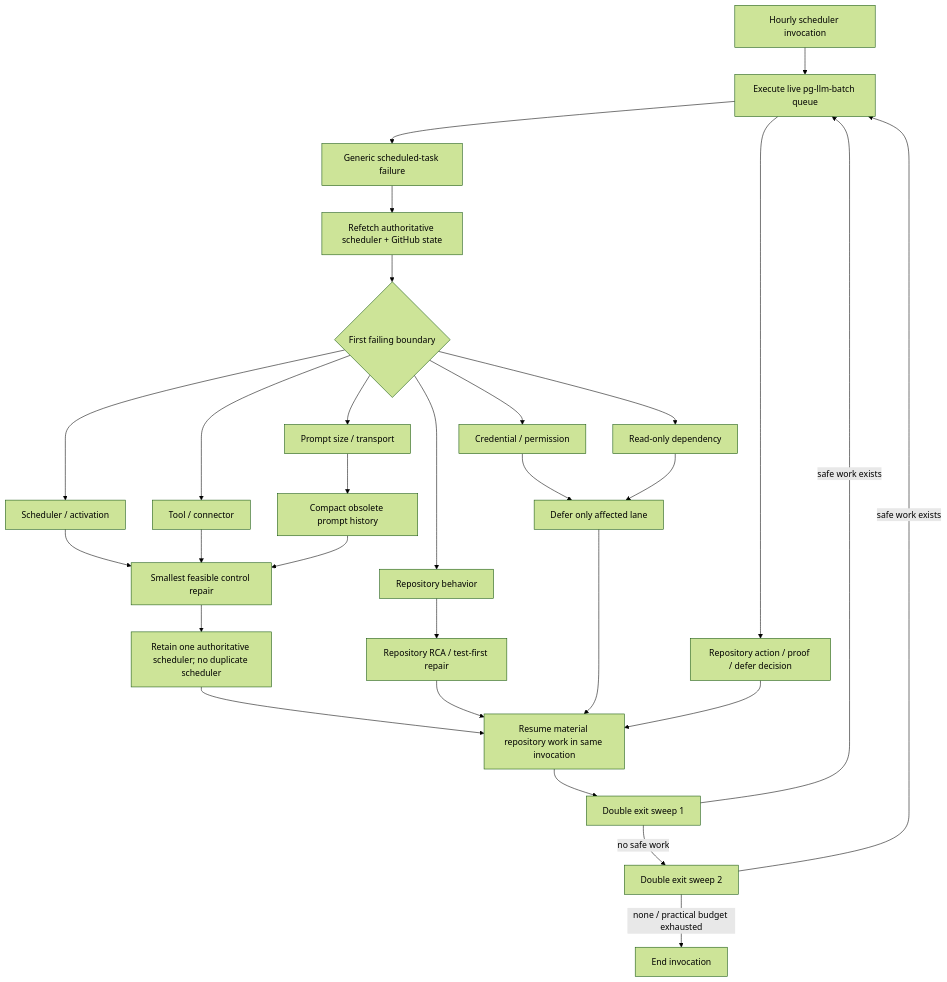
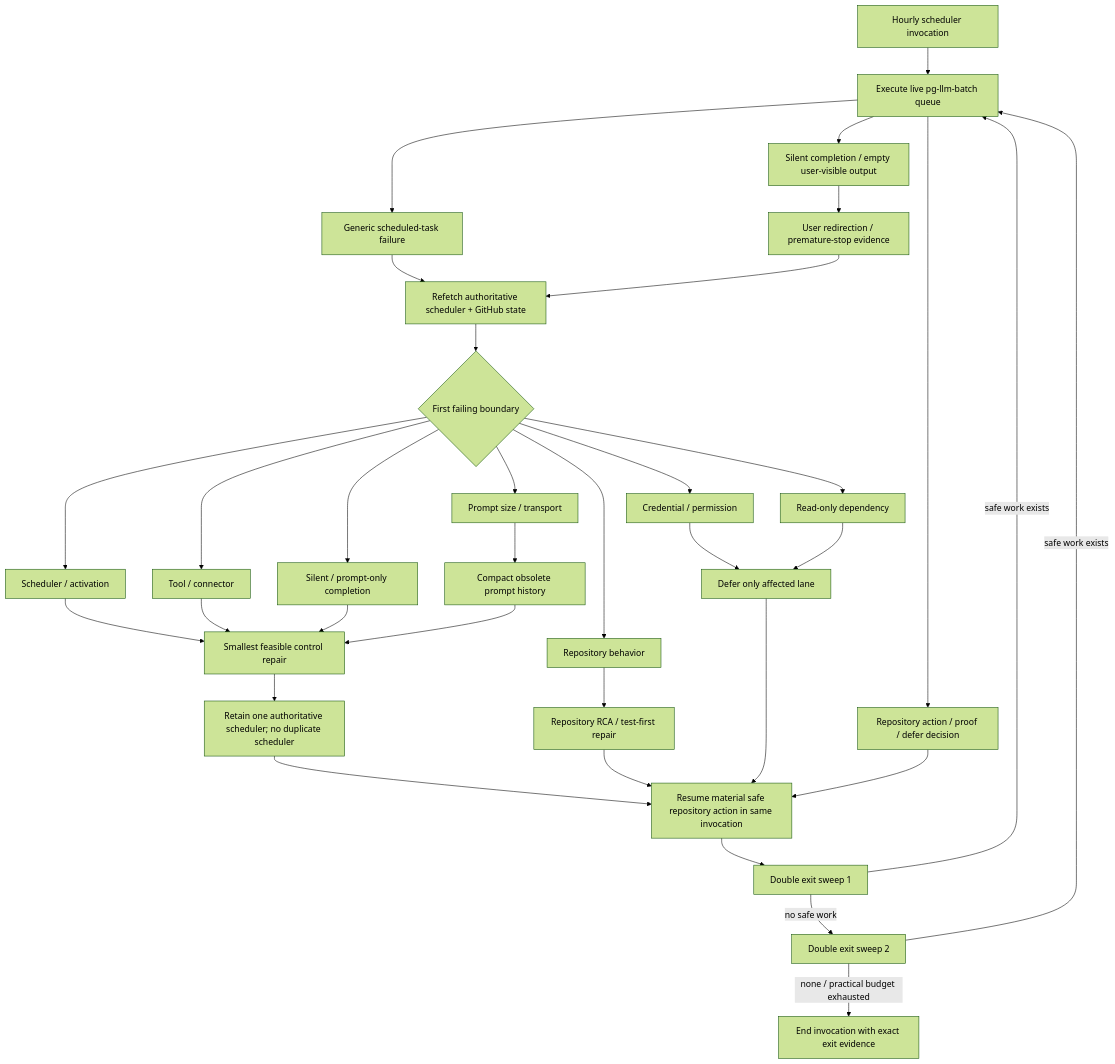
The ninth of 9 diagrams in docs/architecture/UML.md (ContextualWisdomLab/pg-llm-batch), drawn with Mermaid (forest theme) before and after one commit. The commit also changed other lines of this file, not shown here.

Commit message:
docs: model non-silent scheduler recovery

````diff
--- a/docs/architecture/UML.md
+++ b/docs/architecture/UML.md
@@ -173,31 +173,36 @@
 ```mermaid
 flowchart TD
     START[Hourly scheduler invocation] --> EXEC[Execute live pg-llm-batch queue]
     EXEC --> OK[Repository action / proof / defer decision]
     EXEC --> FAIL[Generic scheduled-task failure]
+    EXEC --> SILENT[Silent completion / empty user-visible output]
     FAIL --> REFRESH[Refetch authoritative scheduler + GitHub state]
+    SILENT --> REDIRECT[User redirection / premature-stop evidence]
+    REDIRECT --> REFRESH
     REFRESH --> CLASSIFY{First failing boundary}
     CLASSIFY --> SCHED[Scheduler / activation]
     CLASSIFY --> PROMPT[Prompt size / transport]
     CLASSIFY --> TOOL[Tool / connector]
     CLASSIFY --> AUTH[Credential / permission]
     CLASSIFY --> DEP[Read-only dependency]
     CLASSIFY --> REPO[Repository behavior]
+    CLASSIFY --> NOOP[Silent / prompt-only completion]
     SCHED --> REPAIR[Smallest feasible control repair]
     PROMPT --> COMPACT[Compact obsolete prompt history]
     TOOL --> REPAIR
     AUTH --> DEFER[Defer only affected lane]
     DEP --> DEFER
     REPO --> RCA[Repository RCA / test-first repair]
+    NOOP --> REPAIR
     COMPACT --> REPAIR
     REPAIR --> NODUP[Retain one authoritative scheduler; no duplicate scheduler]
-    NODUP --> SAME[Resume material repository work in same invocation]
+    NODUP --> SAME[Resume material safe repository action in same invocation]
     RCA --> SAME
     DEFER --> SAME
     OK --> SAME
     SAME --> SWEEP1[Double exit sweep 1]
     SWEEP1 -->|safe work exists| EXEC
     SWEEP1 -->|no safe work| SWEEP2[Double exit sweep 2]
     SWEEP2 -->|safe work exists| EXEC
-    SWEEP2 -->|none / practical budget exhausted| END[End invocation]
+    SWEEP2 -->|none / practical budget exhausted| END[End invocation with exact exit evidence]
 ```
````
